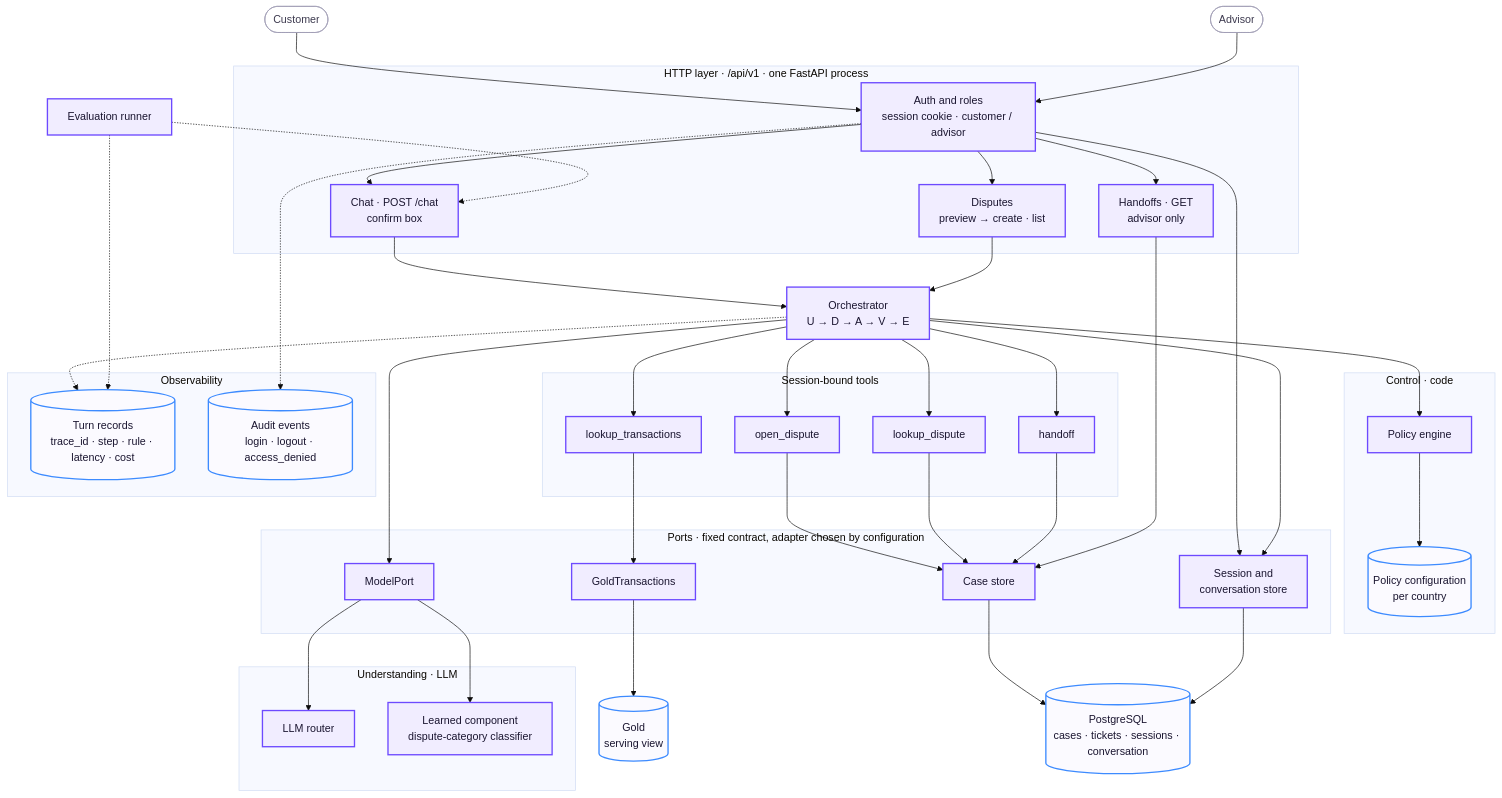
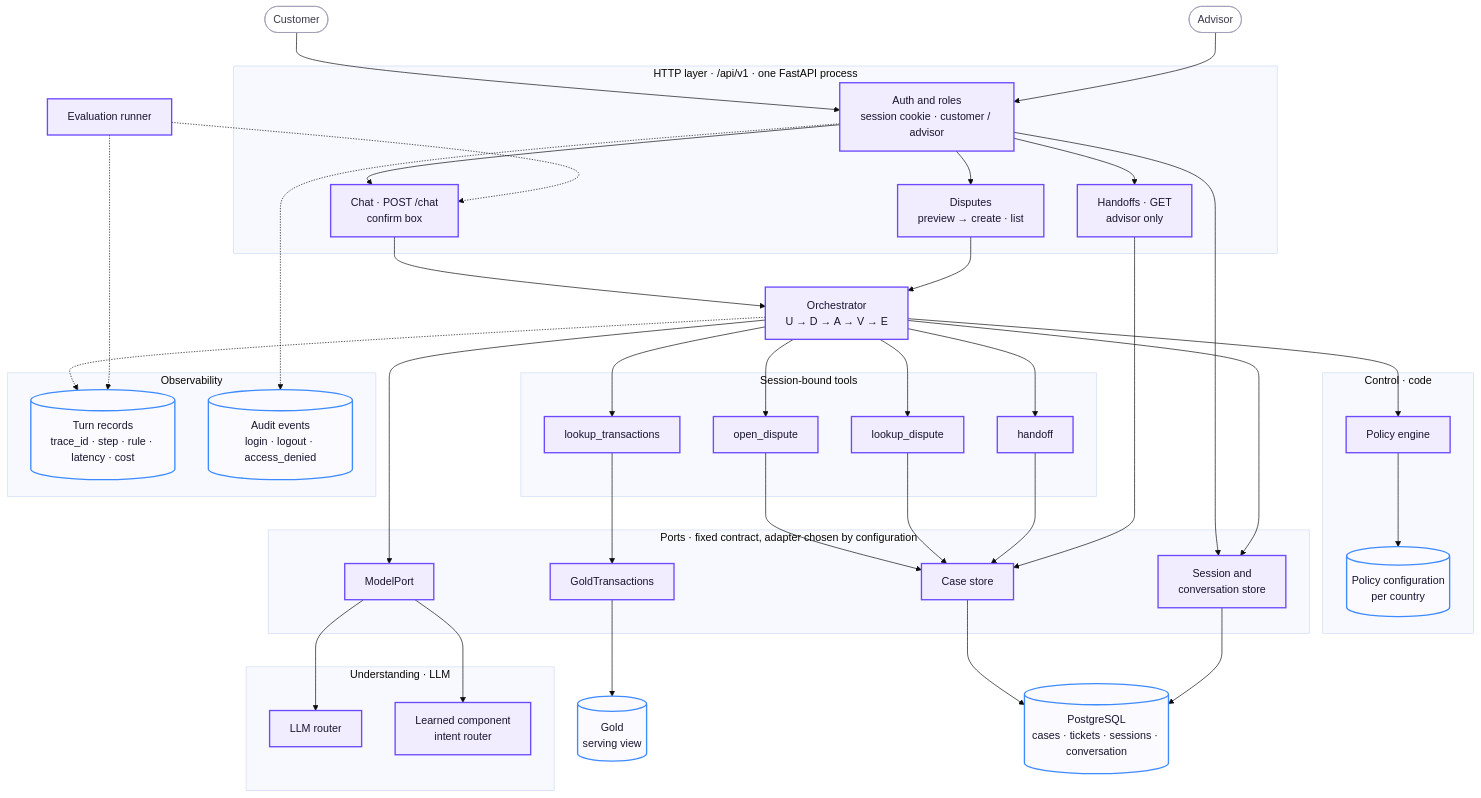
Before and after one commit to rdorta27/factored-hackathon-2026-sentinel-engine: the second of 5 diagrams in docs/architecture/system-architecture.md, drawn with Mermaid (base theme). The commit also changed other lines of this file and 27 other files, not shown here.

````diff
--- a/docs/architecture/system-architecture.md
+++ b/docs/architecture/system-architecture.md
@@ -46,64 +46,64 @@
 ```mermaid
 flowchart TB
     client(["Customer"])
     advisor(["Advisor"])
 
     subgraph http["HTTP layer · /api/v1 · one FastAPI process"]
         auth["Auth and roles<br/>session cookie · customer / advisor"]
         chat["Chat · POST /chat<br/>confirm box"]
         dapi["Disputes<br/>preview → create · list"]
         hapi["Handoffs · GET<br/>advisor only"]
     end
     client --> auth
     advisor --> auth
     auth --> chat & dapi & hapi
     chat & dapi --> orch["Orchestrator<br/>U → D → A → V → E"]
 
     subgraph understand["Understanding · LLM"]
         router["LLM router"]
-        learned["Learned component<br/>dispute-category classifier"]
+        learned["Learned component<br/>intent router"]
     end
     subgraph control["Control · code"]
         policy["Policy engine"]
         config[("Policy configuration<br/>per country")]
         policy --> config
     end
     subgraph toolset["Session-bound tools"]
         lookup["lookup_transactions"]
         open["open_dispute"]
         verify["lookup_dispute"]
         handoff["handoff"]
     end
     subgraph ports["Ports · fixed contract, adapter chosen by configuration"]
         mport["ModelPort"]
         gport["GoldTransactions"]
         cport["Case store"]
         sport["Session and<br/>conversation store"]
     end
 
     orch --> policy
     orch --> mport --> router & learned
     orch --> lookup & open & verify & handoff
     lookup --> gport --> gold[("Gold<br/>serving view")]
     open & verify & handoff --> cport
     hapi --> cport
     auth --> sport
     orch --> sport
     cport & sport --> db[("PostgreSQL<br/>cases · tickets · sessions · conversation")]
 
     subgraph obs["Observability"]
         records[("Turn records<br/>trace_id · step · rule · latency · cost")]
         audit[("Audit events<br/>login · logout · access_denied")]
     end
     orch -.-> records
     auth -.-> audit
     evalr["Evaluation runner"] -.-> chat
     evalr -.-> records
 
     classDef comp fill:#f1edff,stroke:#6d4aff,stroke-width:2px,color:#1a1530
     classDef store fill:#fbfaff,stroke:#3d8bff,stroke-width:2px,color:#1a1530
     classDef ext fill:#ffffff,stroke:#a09cb5,stroke-width:1px,color:#3d3a4f
     class auth,chat,dapi,hapi,orch,router,learned,policy,lookup,open,verify,handoff,mport,gport,cport,sport,evalr comp
     class config,gold,db,records,audit store
     class client,advisor ext
 ```
````
